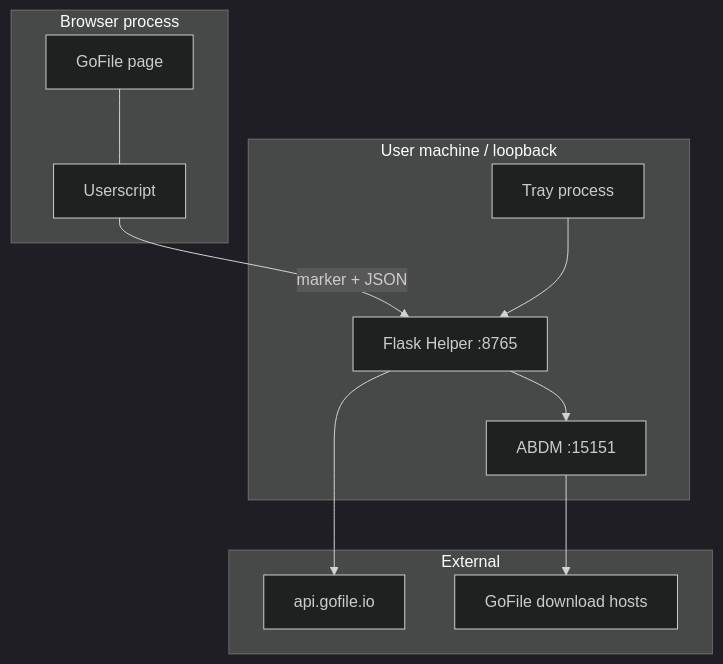
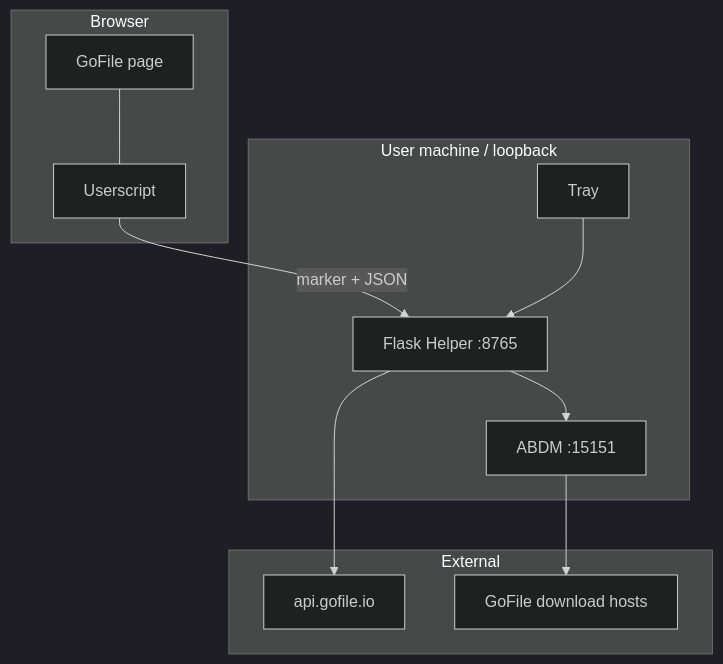
Before and after one commit to Hoyomaru/gofile-abdm-helper: the second of 5 diagrams in docs/ARCHITECTURE.md, drawn with Mermaid (dark theme). The commit also changed other lines of this file, not shown here.

Commit message:
docs: align architecture guide with v1.0.0

````diff
--- a/docs/ARCHITECTURE.md
+++ b/docs/ARCHITECTURE.md
@@ -37,25 +36,25 @@
 ```mermaid
 flowchart TB
-    subgraph Browser[Browser process]
+    subgraph Browser[Browser]
       G[GoFile page]
       S[Userscript]
     end
 
     subgraph Localhost[User machine / loopback]
       H[Flask Helper :8765]
       D[ABDM :15151]
-      T[Tray process]
+      T[Tray]
     end
 
     subgraph Internet[External]
       A[api.gofile.io]
       F[GoFile download hosts]
     end
 
     G --- S
     S -->|marker + JSON| H
     H --> A
     H --> D
     D --> F
     T --> H
 ```
````
